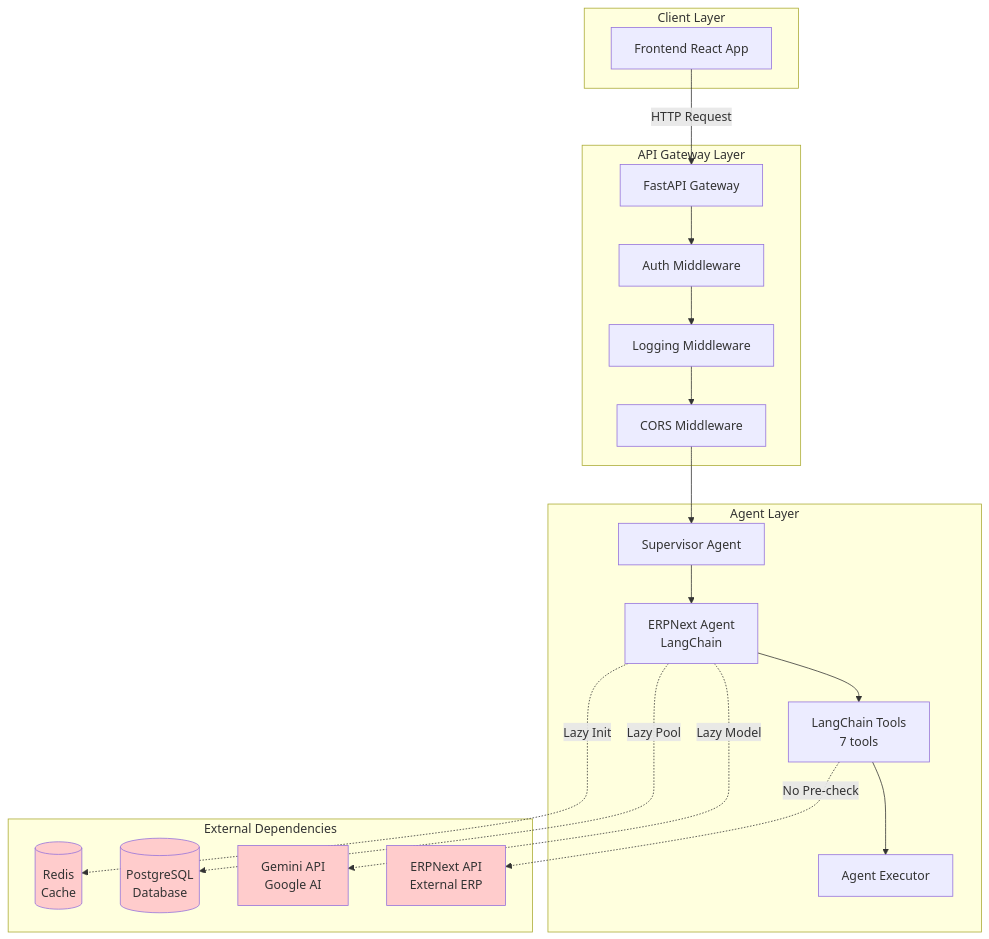
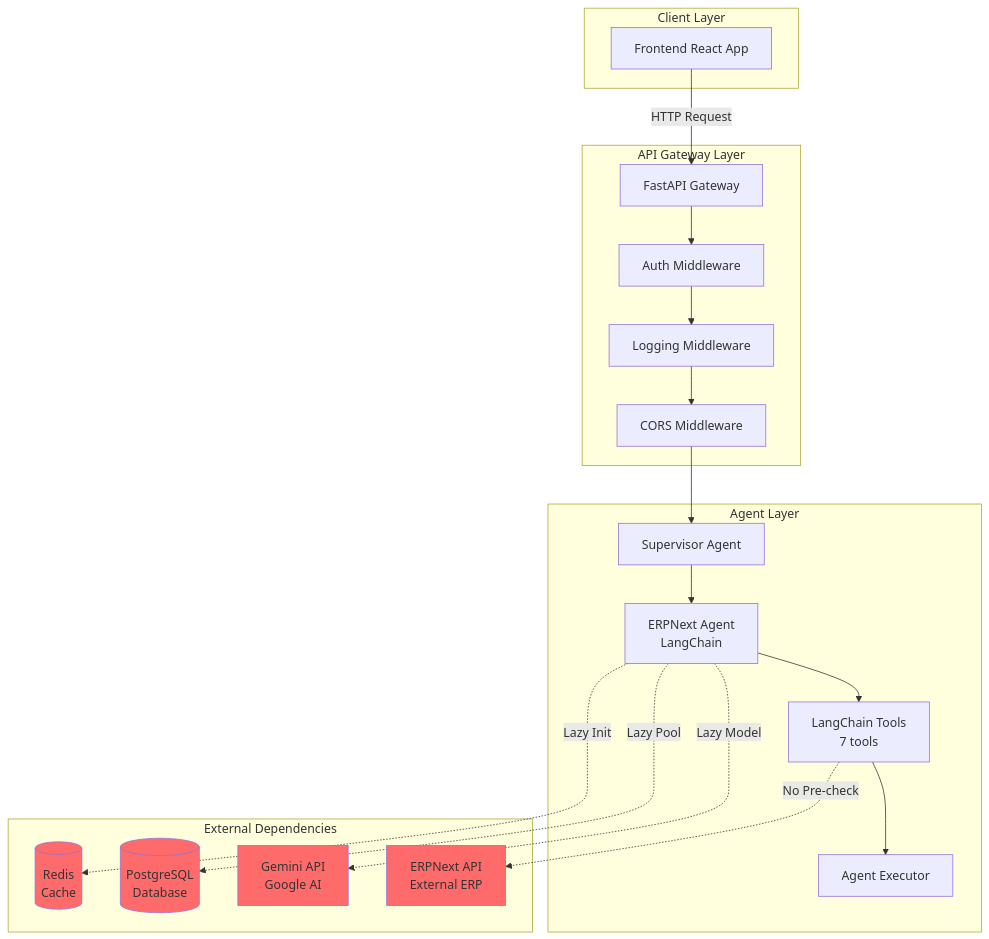
One commit to manumishra-zm/execution_plan changed the first of 21 diagrams in latency_fix_plan/latency.md. Above: the diagram before and after it, drawn with Mermaid. The commit also changed other lines of this file, not shown here.

````diff
--- a/latency_fix_plan/latency.md
+++ b/latency_fix_plan/latency.md
@@ -80,46 +80,46 @@
 ```mermaid
 graph TB
     subgraph "Client Layer"
         Frontend[Frontend React App]
     end
 
     subgraph "API Gateway Layer"
         FastAPI[FastAPI Gateway]
         Auth[Auth Middleware]
         Logging[Logging Middleware]
         CORS[CORS Middleware]
     end
 
     subgraph "Agent Layer"
         Supervisor[Supervisor Agent]
         ERPNextAgent[ERPNext Agent<br/>LangChain]
         Tools[LangChain Tools<br/>7 tools]
         Executor[Agent Executor]
     end
 
     subgraph "External Dependencies"
         Redis[(Redis<br/>Cache)]
         Postgres[(PostgreSQL<br/>Database)]
         Gemini[Gemini API<br/>Google AI]
         ERPNext[ERPNext API<br/>External ERP]
     end
 
     Frontend -->|HTTP Request| FastAPI
     FastAPI --> Auth
     Auth --> Logging
     Logging --> CORS
     CORS --> Supervisor
     Supervisor --> ERPNextAgent
     ERPNextAgent --> Tools
     Tools --> Executor
 
     ERPNextAgent -.->|Lazy Init| Redis
     ERPNextAgent -.->|Lazy Pool| Postgres
     ERPNextAgent -.->|Lazy Model| Gemini
     Tools -.->|No Pre-check| ERPNext
 
-    style Redis fill:#ffcccc
-    style Postgres fill:#ffcccc
-    style Gemini fill:#ffcccc
-    style ERPNext fill:#ffcccc
+    style Redis fill:#ff6b6b
+    style Postgres fill:#ff6b6b
+    style Gemini fill:#ff6b6b
+    style ERPNext fill:#ff6b6b
 ```
````
